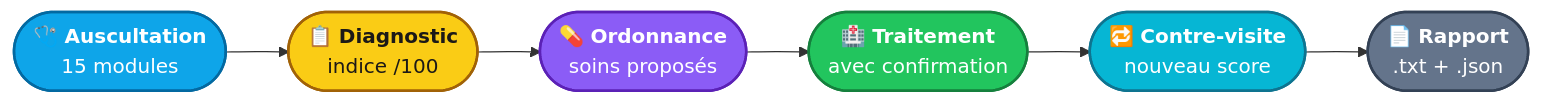
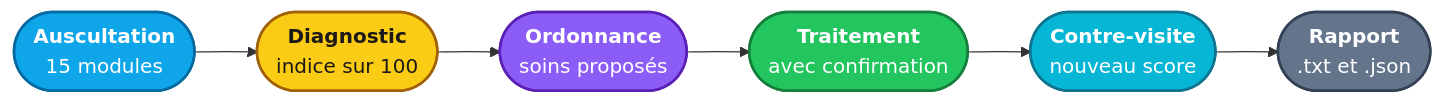
The diagram in README.md (blaise-wafo/buildwith-doctor), drawn with Mermaid before and after one commit. The commit also changed other lines of this file and 2 other files, not shown here.

````diff
--- a/README.md
+++ b/README.md
@@ -58,18 +80,18 @@
 ```mermaid
 flowchart LR
-    A(["🩺 <b>Auscultation</b><br/>15 modules"]):::blue
-    B(["📋 <b>Diagnostic</b><br/>indice /100"]):::yellow
-    C(["💊 <b>Ordonnance</b><br/>soins proposés"]):::purple
-    D(["🏥 <b>Traitement</b><br/>avec confirmation"]):::green
-    E(["🔁 <b>Contre-visite</b><br/>nouveau score"]):::cyan
-    F(["📄 <b>Rapport</b><br/>.txt + .json"]):::gray
+    A(["<b>Auscultation</b><br/>15 modules"]):::blue
+    B(["<b>Diagnostic</b><br/>indice sur 100"]):::yellow
+    C(["<b>Ordonnance</b><br/>soins proposés"]):::purple
+    D(["<b>Traitement</b><br/>avec confirmation"]):::green
+    E(["<b>Contre-visite</b><br/>nouveau score"]):::cyan
+    F(["<b>Rapport</b><br/>.txt et .json"]):::gray
 
     A --> B --> C --> D --> E --> F
 
     classDef blue   fill:#0ea5e9,stroke:#0369a1,color:#fff,stroke-width:2px
     classDef yellow fill:#facc15,stroke:#a16207,color:#1c1917,stroke-width:2px
     classDef purple fill:#8b5cf6,stroke:#5b21b6,color:#fff,stroke-width:2px
     classDef green  fill:#22c55e,stroke:#15803d,color:#fff,stroke-width:2px
     classDef cyan   fill:#06b6d4,stroke:#0e7490,color:#fff,stroke-width:2px
     classDef gray   fill:#64748b,stroke:#334155,color:#fff,stroke-width:2px
 ```
````
